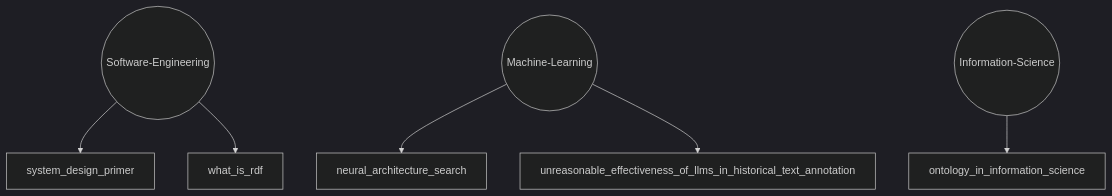
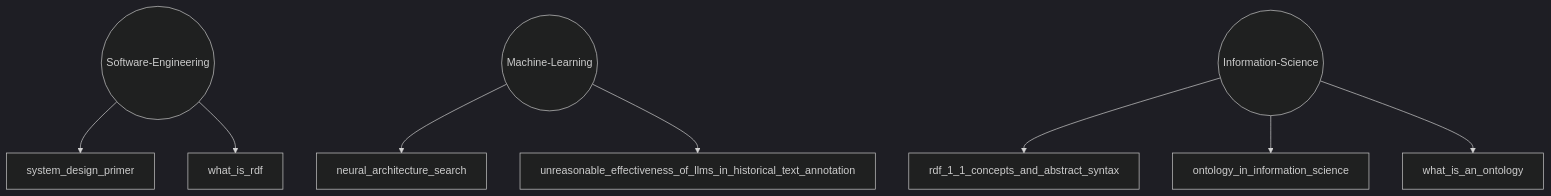
Before and after one commit to zparvez2z/TLDR: the diagram in README.md, drawn with Mermaid (dark theme). The commit also changed other lines of this file and 3 other files, not shown here.

````diff
--- a/README.md
+++ b/README.md
@@ -4,11 +4,13 @@
 ```mermaid
 graph TD
     Software-Engineering(( Software-Engineering ))
     Software-Engineering --> system_design_primer
     Software-Engineering --> what_is_rdf
     Machine-Learning(( Machine-Learning ))
     Machine-Learning --> neural_architecture_search
     Machine-Learning --> unreasonable_effectiveness_of_llms_in_historical_text_annotation
     Information-Science(( Information-Science ))
+    Information-Science --> rdf_1_1_concepts_and_abstract_syntax
     Information-Science --> ontology_in_information_science
+    Information-Science --> what_is_an_ontology
 ```
````
